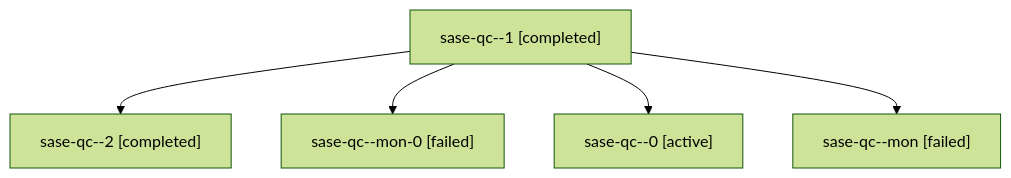
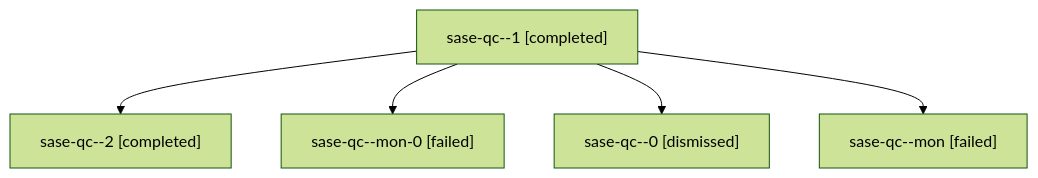
Before and after one commit to sase-org/sase--agents: the diagram in sessions/bbugyi200.athena.sase-qc.md, drawn with Mermaid (forest theme). The commit also changed other lines of this file and 58 other files, not shown here.

````diff
--- a/sessions/bbugyi200.athena.sase-qc.md
+++ b/sessions/bbugyi200.athena.sase-qc.md
@@ -9,12 +9,12 @@
 ```mermaid
 flowchart TD
   n0["sase-qc--1 [completed]"]
   n1["sase-qc--2 [completed]"]
   n0 --> n1
   n2["sase-qc--mon-0 [failed]"]
   n0 --> n2
-  n3["sase-qc--0 [active]"]
+  n3["sase-qc--0 [dismissed]"]
   n0 --> n3
   n4["sase-qc--mon [failed]"]
   n0 --> n4
 ```
````
